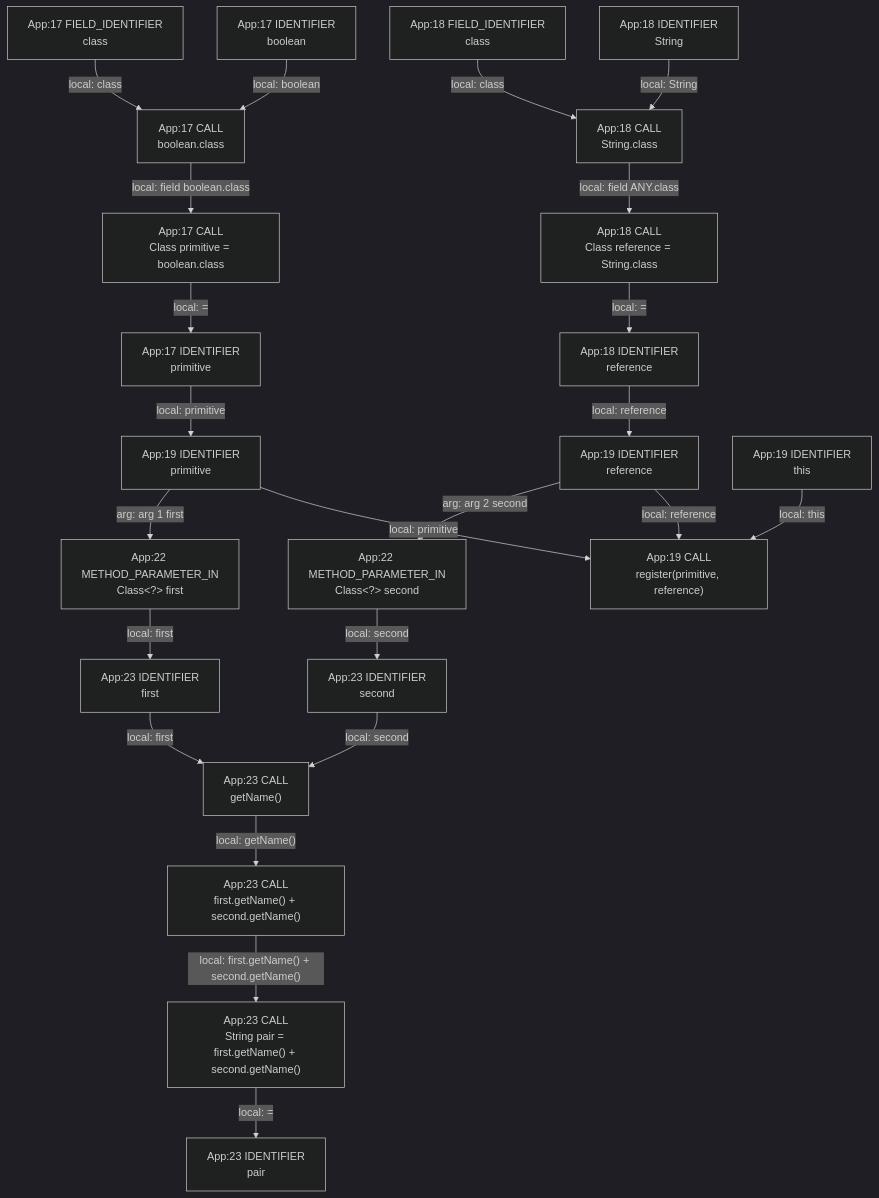
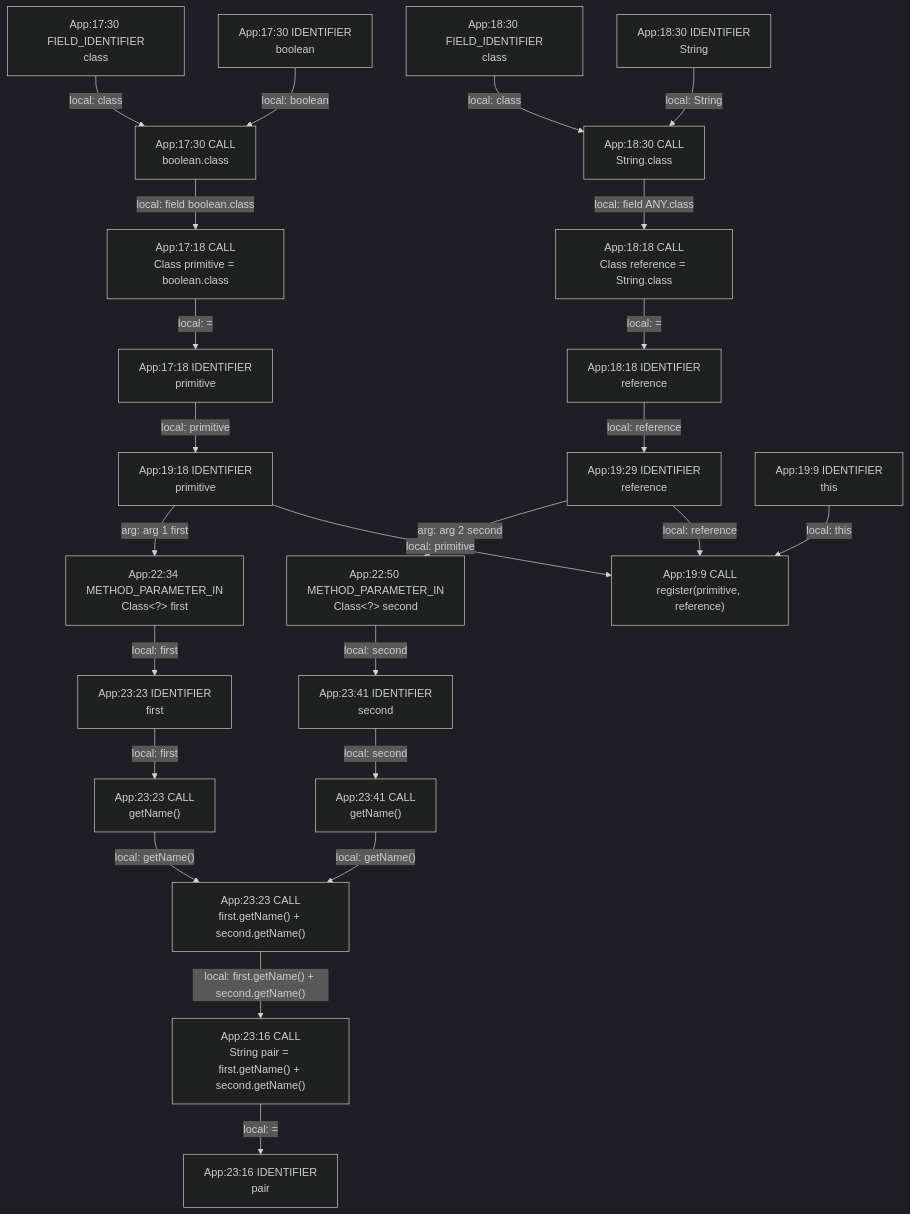
Before and after one commit to gstiebler/codeflow: the diagram in app/src/test/resources/classLiteral/spike-truth.md, drawn with Mermaid (dark theme). The commit also changed 154 other files, not shown here.

````diff
--- a/app/src/test/resources/classLiteral/spike-truth.md
+++ b/app/src/test/resources/classLiteral/spike-truth.md
@@ -3,47 +3,49 @@
 ```mermaid
 flowchart TD
-  n0["App:17 CALL<br/>Class primitive = boolean.class"]
-  n1["App:17 CALL<br/>boolean.class"]
-  n2["App:17 FIELD_IDENTIFIER<br/>class"]
-  n3["App:17 IDENTIFIER<br/>boolean"]
-  n4["App:17 IDENTIFIER<br/>primitive"]
-  n5["App:18 CALL<br/>Class reference = String.class"]
-  n6["App:18 CALL<br/>String.class"]
-  n7["App:18 FIELD_IDENTIFIER<br/>class"]
-  n8["App:18 IDENTIFIER<br/>String"]
-  n9["App:18 IDENTIFIER<br/>reference"]
-  n10["App:19 CALL<br/>register(primitive, reference)"]
-  n11["App:19 IDENTIFIER<br/>primitive"]
-  n12["App:19 IDENTIFIER<br/>reference"]
-  n13["App:19 IDENTIFIER<br/>this"]
-  n14["App:22 METHOD_PARAMETER_IN<br/>Class#lt;?#gt; first"]
-  n15["App:22 METHOD_PARAMETER_IN<br/>Class#lt;?#gt; second"]
-  n16["App:23 CALL<br/>String pair = first.getName() + second.getName()"]
-  n17["App:23 CALL<br/>first.getName() + second.getName()"]
-  n18["App:23 CALL<br/>getName()"]
-  n19["App:23 IDENTIFIER<br/>first"]
-  n20["App:23 IDENTIFIER<br/>pair"]
-  n21["App:23 IDENTIFIER<br/>second"]
-  n0 -->|"local: ="| n4
-  n1 -->|"local: field boolean.class"| n0
-  n11 -->|"arg: arg 1 first"| n14
-  n11 -->|"local: primitive"| n10
-  n12 -->|"arg: arg 2 second"| n15
-  n12 -->|"local: reference"| n10
-  n13 -->|"local: this"| n10
-  n14 -->|"local: first"| n19
-  n15 -->|"local: second"| n21
-  n16 -->|"local: ="| n20
-  n17 -->|"local: first.getName() + second.getName()"| n16
-  n18 -->|"local: getName()"| n17
-  n19 -->|"local: first"| n18
-  n2 -->|"local: class"| n1
-  n21 -->|"local: second"| n18
-  n3 -->|"local: boolean"| n1
-  n4 -->|"local: primitive"| n11
-  n5 -->|"local: ="| n9
-  n6 -->|"local: field ANY.class"| n5
-  n7 -->|"local: class"| n6
-  n8 -->|"local: String"| n6
-  n9 -->|"local: reference"| n12
+  n0["App:17:18 CALL<br/>Class primitive = boolean.class"]
+  n1["App:17:18 IDENTIFIER<br/>primitive"]
+  n2["App:17:30 CALL<br/>boolean.class"]
+  n3["App:17:30 FIELD_IDENTIFIER<br/>class"]
+  n4["App:17:30 IDENTIFIER<br/>boolean"]
+  n5["App:18:18 CALL<br/>Class reference = String.class"]
+  n6["App:18:18 IDENTIFIER<br/>reference"]
+  n7["App:18:30 CALL<br/>String.class"]
+  n8["App:18:30 FIELD_IDENTIFIER<br/>class"]
+  n9["App:18:30 IDENTIFIER<br/>String"]
+  n10["App:19:18 IDENTIFIER<br/>primitive"]
+  n11["App:19:29 IDENTIFIER<br/>reference"]
+  n12["App:19:9 CALL<br/>register(primitive, reference)"]
+  n13["App:19:9 IDENTIFIER<br/>this"]
+  n14["App:22:34 METHOD_PARAMETER_IN<br/>Class#lt;?#gt; first"]
+  n15["App:22:50 METHOD_PARAMETER_IN<br/>Class#lt;?#gt; second"]
+  n16["App:23:16 CALL<br/>String pair = first.getName() + second.getName()"]
+  n17["App:23:16 IDENTIFIER<br/>pair"]
+  n18["App:23:23 CALL<br/>first.getName() + second.getName()"]
+  n19["App:23:23 CALL<br/>getName()"]
+  n20["App:23:23 IDENTIFIER<br/>first"]
+  n21["App:23:41 CALL<br/>getName()"]
+  n22["App:23:41 IDENTIFIER<br/>second"]
+  n0 -->|"local: ="| n1
+  n1 -->|"local: primitive"| n10
+  n10 -->|"arg: arg 1 first"| n14
+  n10 -->|"local: primitive"| n12
+  n11 -->|"arg: arg 2 second"| n15
+  n11 -->|"local: reference"| n12
+  n13 -->|"local: this"| n12
+  n14 -->|"local: first"| n20
+  n15 -->|"local: second"| n22
+  n16 -->|"local: ="| n17
+  n18 -->|"local: first.getName() + second.getName()"| n16
+  n19 -->|"local: getName()"| n18
+  n2 -->|"local: field boolean.class"| n0
+  n20 -->|"local: first"| n19
+  n21 -->|"local: getName()"| n18
+  n22 -->|"local: second"| n21
+  n3 -->|"local: class"| n2
+  n4 -->|"local: boolean"| n2
+  n5 -->|"local: ="| n6
+  n6 -->|"local: reference"| n11
+  n7 -->|"local: field ANY.class"| n5
+  n8 -->|"local: class"| n7
+  n9 -->|"local: String"| n7
 ```
````
